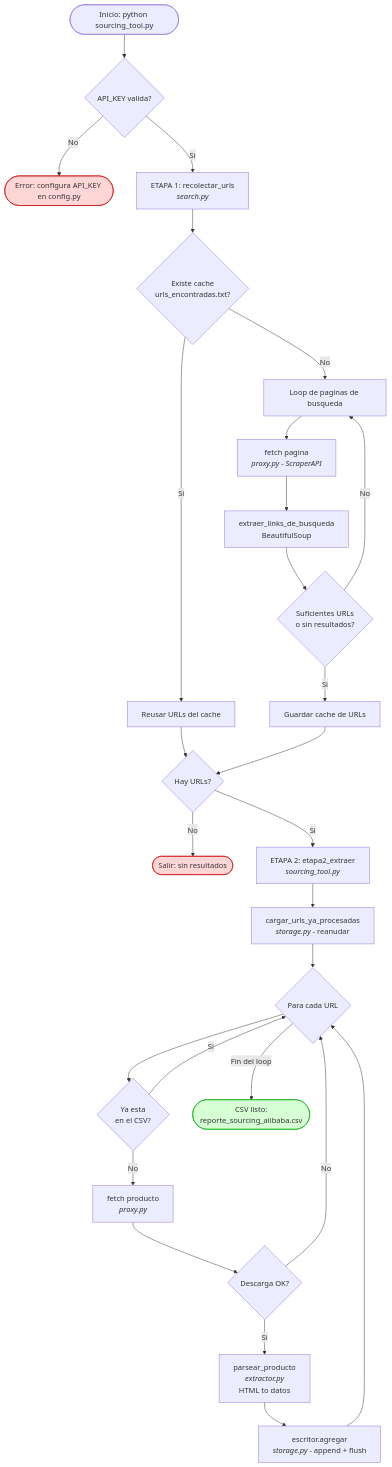
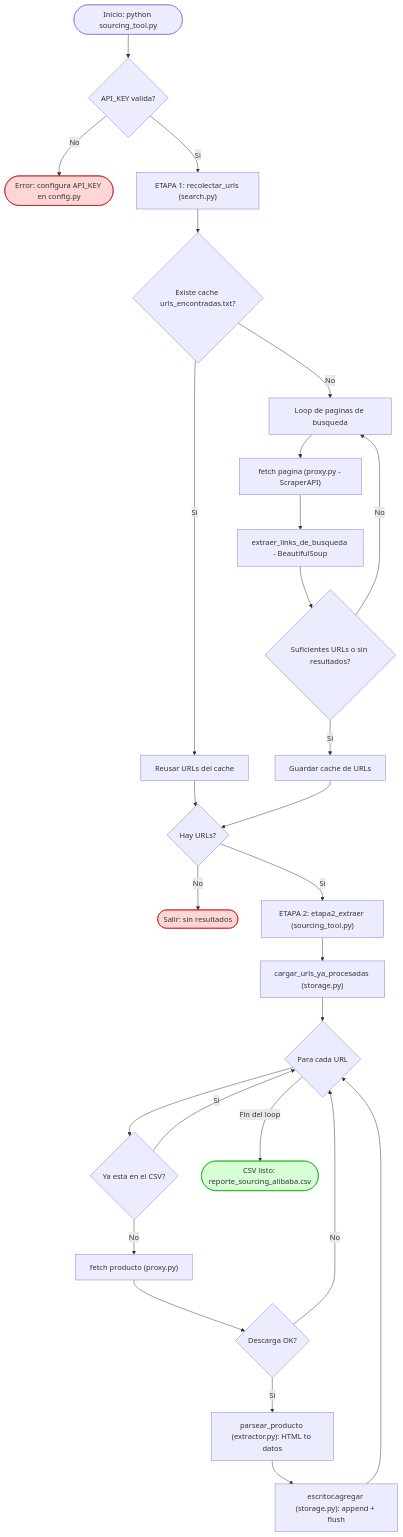
Before and after one commit to oldemar-m99/alibaba_Scrapper: the first of 2 diagrams in DIAGRAMA.md, drawn with Mermaid. The commit also changed other lines of this file and 1 other file, not shown here.

Commit message:
Diagramas Mermaid compatibles con el render de GitHub
Separa definicion de nodos, flechas y clases; quita etiquetas HTML
y aplicacion inline de clases (:::), que rompian el render.

````diff
--- a/DIAGRAMA.md
+++ b/DIAGRAMA.md
@@ -5,34 +5,57 @@
 ```mermaid
 flowchart TD
-    A([Inicio: python sourcing_tool.py]) --> B{API_KEY valida?}
-    B -- No --> Z1([Error: configura API_KEY en config.py]):::err
-    B -- Si --> C[ETAPA 1: recolectar_urls<br/><i>search.py</i>]
+    A([Inicio: python sourcing_tool.py])
+    B{API_KEY valida?}
+    Z1([Error: configura API_KEY en config.py])
+    C["ETAPA 1: recolectar_urls (search.py)"]
+    D{Existe cache urls_encontradas.txt?}
+    E[Reusar URLs del cache]
+    F[Loop de paginas de busqueda]
+    G["fetch pagina (proxy.py - ScraperAPI)"]
+    H[extraer_links_de_busqueda - BeautifulSoup]
+    I{Suficientes URLs o sin resultados?}
+    J[Guardar cache de URLs]
+    K{Hay URLs?}
+    Z2([Salir: sin resultados])
+    L["ETAPA 2: etapa2_extraer (sourcing_tool.py)"]
+    M["cargar_urls_ya_procesadas (storage.py)"]
+    N{Para cada URL}
+    O{Ya esta en el CSV?}
+    P["fetch producto (proxy.py)"]
+    Q{Descarga OK?}
+    R["parsear_producto (extractor.py): HTML to datos"]
+    S["escritor.agregar (storage.py): append + flush"]
+    T([CSV listo: reporte_sourcing_alibaba.csv])
 
-    C --> D{Existe cache<br/>urls_encontradas.txt?}
-    D -- Si --> E[Reusar URLs del cache]
-    D -- No --> F[Loop de paginas de busqueda]
-    F --> G[fetch pagina<br/><i>proxy.py - ScraperAPI</i>]
-    G --> H[extraer_links_de_busqueda<br/>BeautifulSoup]
-    H --> I{Suficientes URLs<br/>o sin resultados?}
+    A --> B
+    B -- No --> Z1
+    B -- Si --> C
+    C --> D
+    D -- Si --> E
+    D -- No --> F
+    F --> G
+    G --> H
+    H --> I
     I -- No --> F
-    I -- Si --> J[Guardar cache de URLs]
+    I -- Si --> J
     E --> K
-    J --> K{Hay URLs?}
-    K -- No --> Z2([Salir: sin resultados]):::err
-
-    K -- Si --> L[ETAPA 2: etapa2_extraer<br/><i>sourcing_tool.py</i>]
-    L --> M[cargar_urls_ya_procesadas<br/><i>storage.py</i> - reanudar]
-    M --> N{Para cada URL}
-    N --> O{Ya esta<br/>en el CSV?}
+    J --> K
+    K -- No --> Z2
+    K -- Si --> L
+    L --> M
+    M --> N
+    N --> O
     O -- Si --> N
-    O -- No --> P[fetch producto<br/><i>proxy.py</i>]
-    P --> Q{Descarga OK?}
+    O -- No --> P
+    P --> Q
     Q -- No --> N
-    Q -- Si --> R[parsear_producto<br/><i>extractor.py</i><br/>HTML to datos]
-    R --> S[escritor.agregar<br/><i>storage.py</i> - append + flush]
+    Q -- Si --> R
+    R --> S
     S --> N
-    N -- Fin del loop --> T([CSV listo:<br/>reporte_sourcing_alibaba.csv]):::ok
+    N -- Fin del loop --> T
 
     classDef err fill:#ffd6d6,stroke:#c00;
     classDef ok fill:#d6ffd6,stroke:#0a0;
+    class Z1,Z2 err;
+    class T ok;
 ```
````
